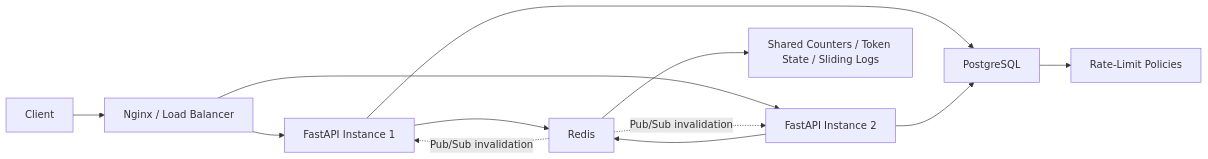
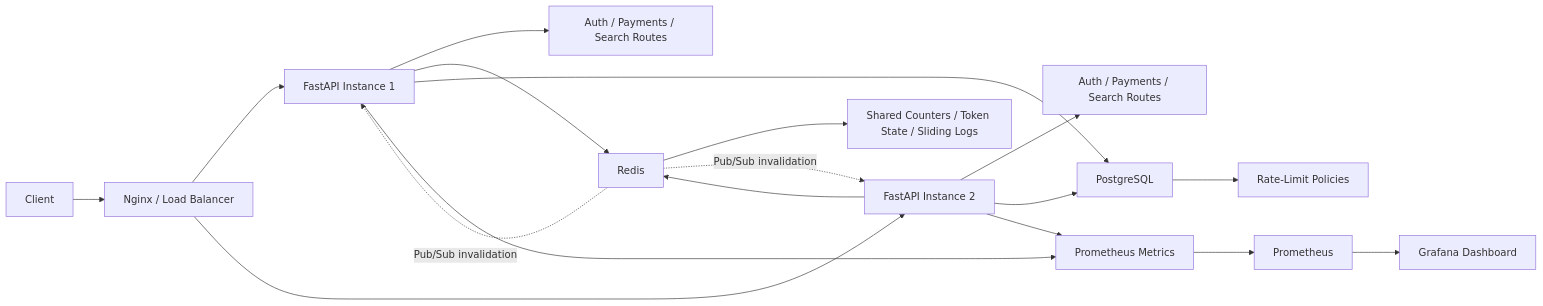
One commit to Nava-deep/DistributedRateLimiter changed the diagram in README.md. Above: the diagram before and after it, drawn with Mermaid. The commit also changed other lines of this file and 25 other files, not shown here.

````diff
--- a/README.md
+++ b/README.md
@@ -103,18 +113,25 @@
 ```mermaid
 flowchart LR
     Client["Client"] --> LB["Nginx / Load Balancer"]
     LB --> API1["FastAPI Instance 1"]
     LB --> API2["FastAPI Instance 2"]
+
+    API1 --> Services1["Auth / Payments / Search Routes"]
+    API2 --> Services2["Auth / Payments / Search Routes"]
 
     API1 --> Redis["Redis"]
     API2 --> Redis
 
     API1 --> PG["PostgreSQL"]
     API2 --> PG
 
     PG --> Policies["Rate-Limit Policies"]
     Redis --> State["Shared Counters / Token State / Sliding Logs"]
+    API1 --> Metrics["Prometheus Metrics"]
+    API2 --> Metrics
+    Metrics --> Prom["Prometheus"]
+    Prom --> Grafana["Grafana Dashboard"]
 
     Redis -. "Pub/Sub invalidation" .-> API1
     Redis -. "Pub/Sub invalidation" .-> API2
 ```
````
